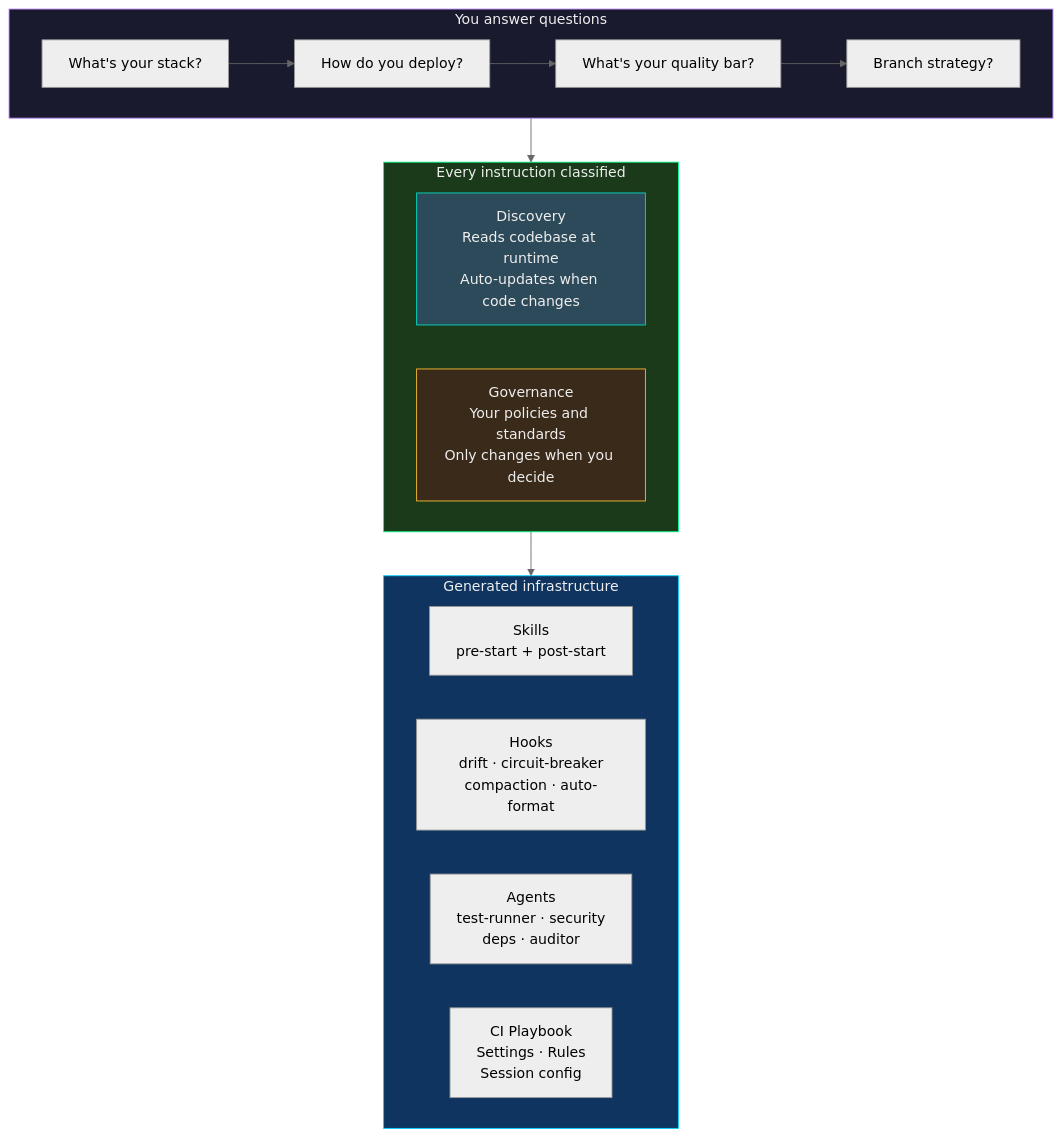
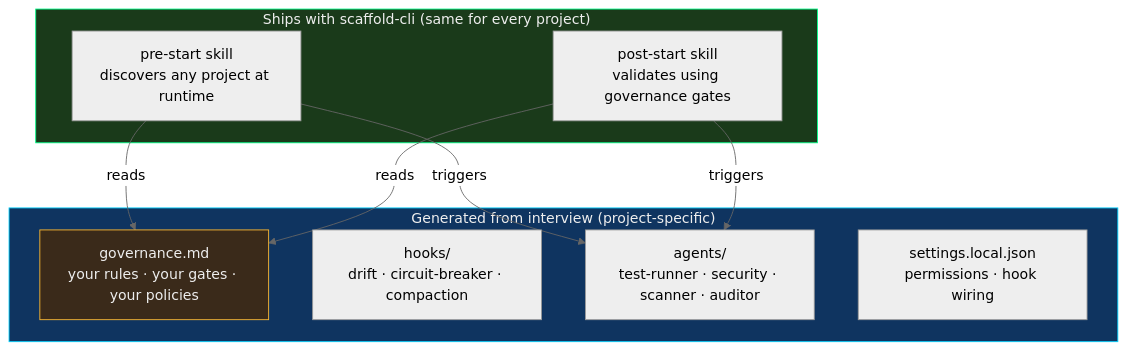
The first of 4 diagrams in README.md (WhitehatD/crag), drawn with Mermaid (neutral theme) before and after one commit. The commit also changed other lines of this file and 4 other files, not shown here.

First line of the commit message:
feat: universal skills architecture — governance.md is the only custom file

````diff
--- a/README.md
+++ b/README.md
@@ -39,31 +15,23 @@
 ```mermaid
 flowchart TB
-    subgraph INPUT["You answer questions"]
-        Q1["What's your stack?"]
-        Q2["How do you deploy?"]
-        Q3["What's your quality bar?"]
-        Q4["Branch strategy?"]
-        Q1 --> Q2 --> Q3 --> Q4
+    subgraph UNIVERSAL["Ships with scaffold-cli (same for every project)"]
+        PRE["pre-start skill\ndiscovers any project at runtime"]
+        POST["post-start skill\nvalidates using governance gates"]
     end
 
-    subgraph CLASSIFY["Every instruction classified"]
-        D["Discovery\nReads codebase at runtime\nAuto-updates when code changes"]
-        G["Governance\nYour policies and standards\nOnly changes when you decide"]
+    subgraph GENERATED["Generated from interview (project-specific)"]
+        GOV["governance.md\nyour rules · your gates · your policies"]
+        HOOKS["hooks/\ndrift · circuit-breaker · compaction"]
+        AGENTS["agents/\ntest-runner · security · scanner · auditor"]
+        SETTINGS["settings.local.json\npermissions · hook wiring"]
     end
 
-    subgraph OUTPUT["Generated infrastructure"]
-        SKILLS["Skills\npre-start + post-start"]
-        HOOKS["Hooks\ndrift · circuit-breaker\ncompaction · auto-format"]
-        AGENTS["Agents\ntest-runner · security\ndeps · auditor"]
-        OTHER["CI Playbook\nSettings · Rules\nSession config"]
-    end
+    PRE -->|"reads"| GOV
+    POST -->|"reads"| GOV
+    PRE -->|"triggers"| AGENTS
+    POST -->|"triggers"| AGENTS
 
-    INPUT --> CLASSIFY
-    CLASSIFY --> OUTPUT
-
-    style INPUT fill:#1a1a2e,stroke:#bb86fc,color:#eee
-    style CLASSIFY fill:#1a3a1a,stroke:#00ff88,color:#eee
-    style OUTPUT fill:#0f3460,stroke:#00d2ff,color:#eee
-    style D fill:#2d4a5a,stroke:#03dac6,color:#eee
-    style G fill:#3a2a1a,stroke:#ffbb33,color:#eee
+    style UNIVERSAL fill:#1a3a1a,stroke:#00ff88,color:#eee
+    style GENERATED fill:#0f3460,stroke:#00d2ff,color:#eee
+    style GOV fill:#3a2a1a,stroke:#ffbb33,color:#eee
 ```
````
